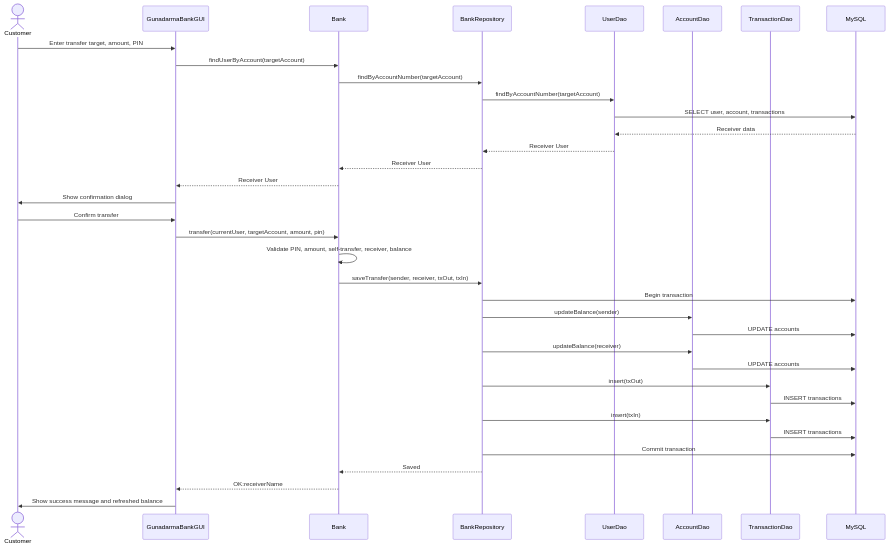
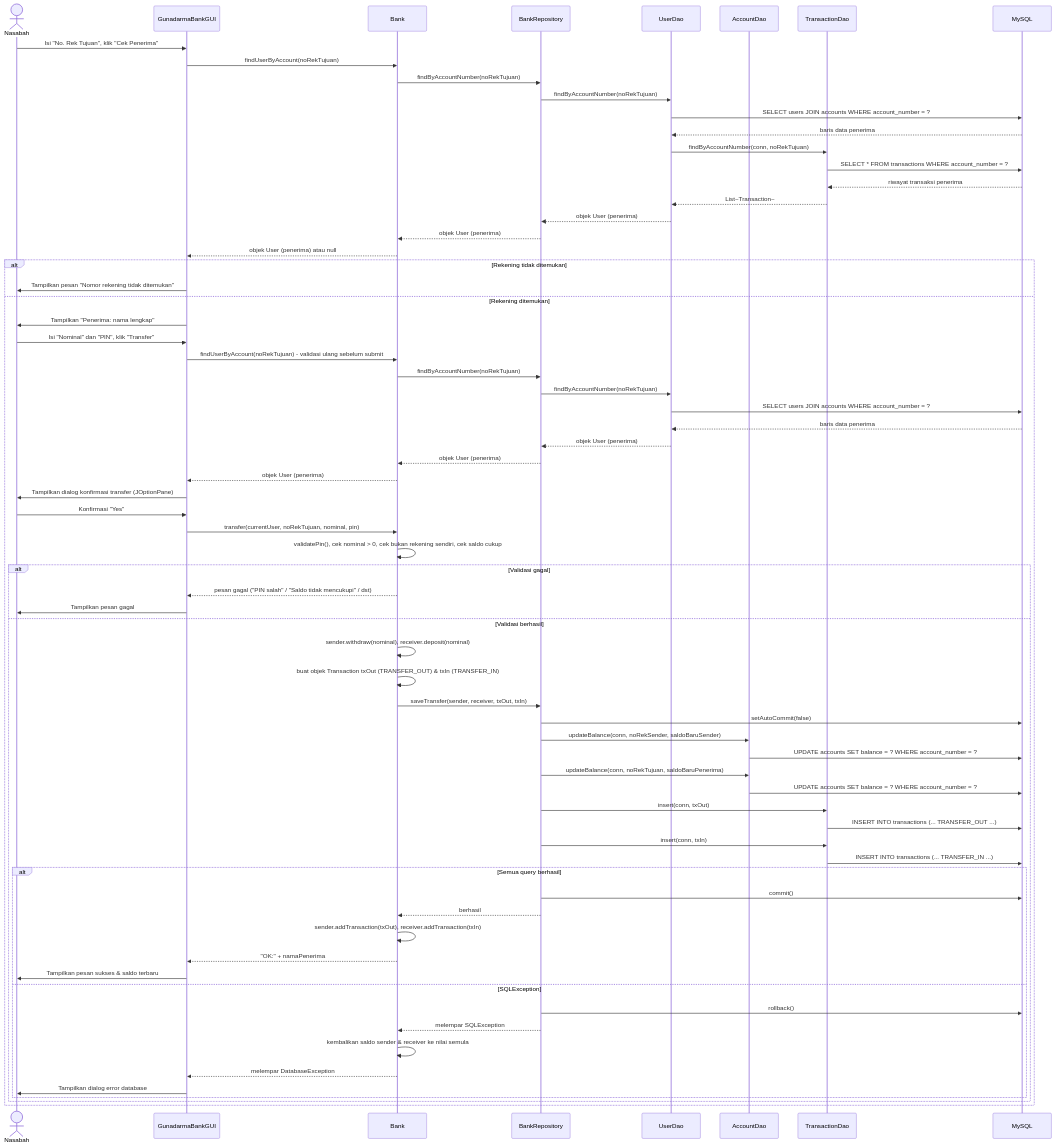
One commit to BiooDev-bot/GunadarmaBank changed the fourth of 6 diagrams in README.md. Above: the diagram before and after it, drawn with Mermaid. The commit also changed other lines of this file and 1 other file, not shown here.

Commit message:
refactor: update GUI components for desktop banking application

````diff
--- a/README.md
+++ b/README.md
@@ -341,39 +412,78 @@
 ```mermaid
 sequenceDiagram
-    actor Customer
+    actor Nasabah
     participant GUI as GunadarmaBankGUI
     participant Bank
     participant Repo as BankRepository
-    participant UserDao
-    participant AccountDao
-    participant TransactionDao
+    participant UDao as UserDao
+    participant ADao as AccountDao
+    participant TDao as TransactionDao
     participant DB as MySQL
 
-    Customer->>GUI: Enter transfer target, amount, PIN
-    GUI->>Bank: findUserByAccount(targetAccount)
-    Bank->>Repo: findByAccountNumber(targetAccount)
-    Repo->>UserDao: findByAccountNumber(targetAccount)
-    UserDao->>DB: SELECT user, account, transactions
-    DB-->>UserDao: Receiver data
-    UserDao-->>Repo: Receiver User
-    Repo-->>Bank: Receiver User
-    Bank-->>GUI: Receiver User
-    GUI->>Customer: Show confirmation dialog
-    Customer->>GUI: Confirm transfer
-    GUI->>Bank: transfer(currentUser, targetAccount, amount, pin)
-    Bank->>Bank: Validate PIN, amount, self-transfer, receiver, balance
-    Bank->>Repo: saveTransfer(sender, receiver, txOut, txIn)
-    Repo->>DB: Begin transaction
-    Repo->>AccountDao: updateBalance(sender)
-    AccountDao->>DB: UPDATE accounts
-    Repo->>AccountDao: updateBalance(receiver)
-    AccountDao->>DB: UPDATE accounts
-    Repo->>TransactionDao: insert(txOut)
-    TransactionDao->>DB: INSERT transactions
-    Repo->>TransactionDao: insert(txIn)
-    TransactionDao->>DB: INSERT transactions
-    Repo->>DB: Commit transaction
-    Repo-->>Bank: Saved
-    Bank-->>GUI: OK:receiverName
-    GUI->>Customer: Show success message and refreshed balance
+    Nasabah->>GUI: Isi "No. Rek Tujuan", klik "Cek Penerima"
+    GUI->>Bank: findUserByAccount(noRekTujuan)
+    Bank->>Repo: findByAccountNumber(noRekTujuan)
+    Repo->>UDao: findByAccountNumber(noRekTujuan)
+    UDao->>DB: SELECT users JOIN accounts WHERE account_number = ?
+    DB-->>UDao: baris data penerima
+    UDao->>TDao: findByAccountNumber(conn, noRekTujuan)
+    TDao->>DB: SELECT * FROM transactions WHERE account_number = ?
+    DB-->>TDao: riwayat transaksi penerima
+    TDao-->>UDao: List~Transaction~
+    UDao-->>Repo: objek User (penerima)
+    Repo-->>Bank: objek User (penerima)
+    Bank-->>GUI: objek User (penerima) atau null
+
+    alt Rekening tidak ditemukan
+        GUI->>Nasabah: Tampilkan pesan "Nomor rekening tidak ditemukan"
+    else Rekening ditemukan
+        GUI->>Nasabah: Tampilkan "Penerima: nama lengkap"
+        Nasabah->>GUI: Isi "Nominal" dan "PIN", klik "Transfer"
+        GUI->>Bank: findUserByAccount(noRekTujuan) - validasi ulang sebelum submit
+        Bank->>Repo: findByAccountNumber(noRekTujuan)
+        Repo->>UDao: findByAccountNumber(noRekTujuan)
+        UDao->>DB: SELECT users JOIN accounts WHERE account_number = ?
+        DB-->>UDao: baris data penerima
+        UDao-->>Repo: objek User (penerima)
+        Repo-->>Bank: objek User (penerima)
+        Bank-->>GUI: objek User (penerima)
+
+        GUI->>Nasabah: Tampilkan dialog konfirmasi transfer (JOptionPane)
+        Nasabah->>GUI: Konfirmasi "Yes"
+        GUI->>Bank: transfer(currentUser, noRekTujuan, nominal, pin)
+
+        Bank->>Bank: validatePin(), cek nominal > 0, cek bukan rekening sendiri, cek saldo cukup
+
+        alt Validasi gagal
+            Bank-->>GUI: pesan gagal ("PIN salah" / "Saldo tidak mencukupi" / dst)
+            GUI->>Nasabah: Tampilkan pesan gagal
+        else Validasi berhasil
+            Bank->>Bank: sender.withdraw(nominal), receiver.deposit(nominal)
+            Bank->>Bank: buat objek Transaction txOut (TRANSFER_OUT) & txIn (TRANSFER_IN)
+            Bank->>Repo: saveTransfer(sender, receiver, txOut, txIn)
+            Repo->>DB: setAutoCommit(false)
+            Repo->>ADao: updateBalance(conn, noRekSender, saldoBaruSender)
+            ADao->>DB: UPDATE accounts SET balance = ? WHERE account_number = ?
+            Repo->>ADao: updateBalance(conn, noRekTujuan, saldoBaruPenerima)
+            ADao->>DB: UPDATE accounts SET balance = ? WHERE account_number = ?
+            Repo->>TDao: insert(conn, txOut)
+            TDao->>DB: INSERT INTO transactions (... TRANSFER_OUT ...)
+            Repo->>TDao: insert(conn, txIn)
+            TDao->>DB: INSERT INTO transactions (... TRANSFER_IN ...)
+
+            alt Semua query berhasil
+                Repo->>DB: commit()
+                Repo-->>Bank: berhasil
+                Bank->>Bank: sender.addTransaction(txOut), receiver.addTransaction(txIn)
+                Bank-->>GUI: "OK:" + namaPenerima
+                GUI->>Nasabah: Tampilkan pesan sukses & saldo terbaru
+            else SQLException
+                Repo->>DB: rollback()
+                Repo-->>Bank: melempar SQLException
+                Bank->>Bank: kembalikan saldo sender & receiver ke nilai semula
+                Bank-->>GUI: melempar DatabaseException
+                GUI->>Nasabah: Tampilkan dialog error database
+            end
+        end
+    end
 ```
````
